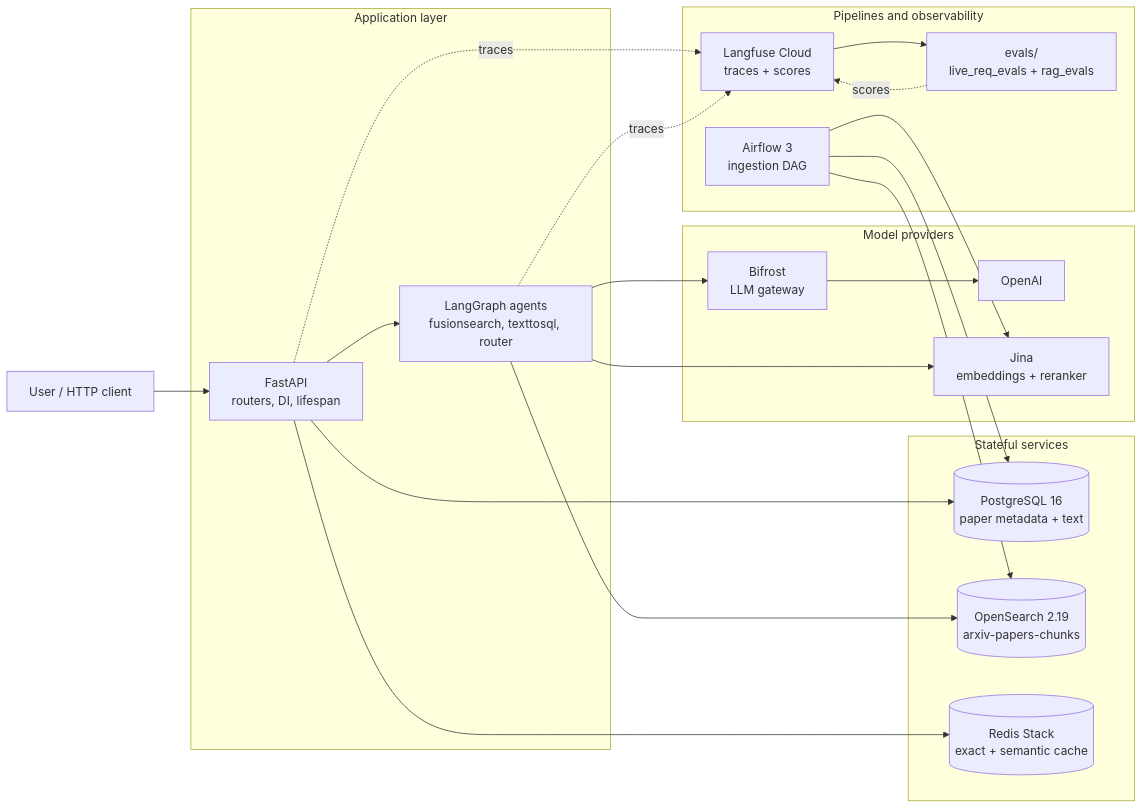
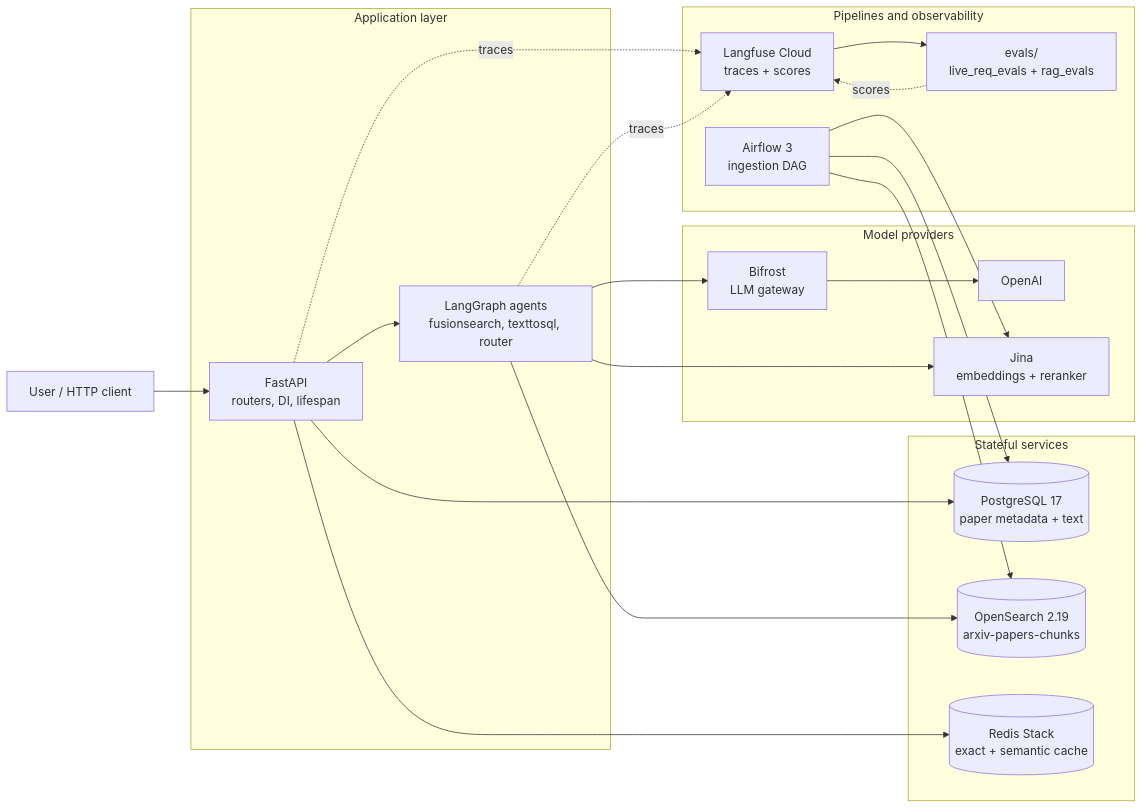
The first of 13 diagrams in docs/ARTICLE.md (apssouza22/production-rag), drawn with Mermaid before and after one commit. The commit also changed 21 other files, not shown here.

````diff
--- a/docs/ARTICLE.md
+++ b/docs/ARTICLE.md
@@ -35,42 +35,42 @@
 ```mermaid
 flowchart LR
     U["User / HTTP client"] --> API
 
     subgraph app["Application layer"]
         API["FastAPI<br/>routers, DI, lifespan"]
         AG["LangGraph agents<br/>fusionsearch, texttosql, router"]
     end
 
     subgraph data["Stateful services"]
-        PG[("PostgreSQL 16<br/>paper metadata + text")]
+        PG[("PostgreSQL 17<br/>paper metadata + text")]
         OS[("OpenSearch 2.19<br/>arxiv-papers-chunks")]
         RD[("Redis Stack<br/>exact + semantic cache")]
     end
 
     subgraph models["Model providers"]
         BF["Bifrost<br/>LLM gateway"]
         OA["OpenAI"]
         JI["Jina<br/>embeddings + reranker"]
     end
 
     subgraph ops["Pipelines and observability"]
         AF["Airflow 3<br/>ingestion DAG"]
         LF["Langfuse Cloud<br/>traces + scores"]
         EV["evals/<br/>live_req_evals + rag_evals"]
     end
 
     API --> AG
     API --> RD
     API --> PG
     AG --> OS
     AG --> BF
     AG --> JI
     BF --> OA
     AF --> PG
     AF --> OS
     AF --> JI
     API -.->|"traces"| LF
     AG -.->|"traces"| LF
     LF --> EV
     EV -.->|"scores"| LF
 ```
````
